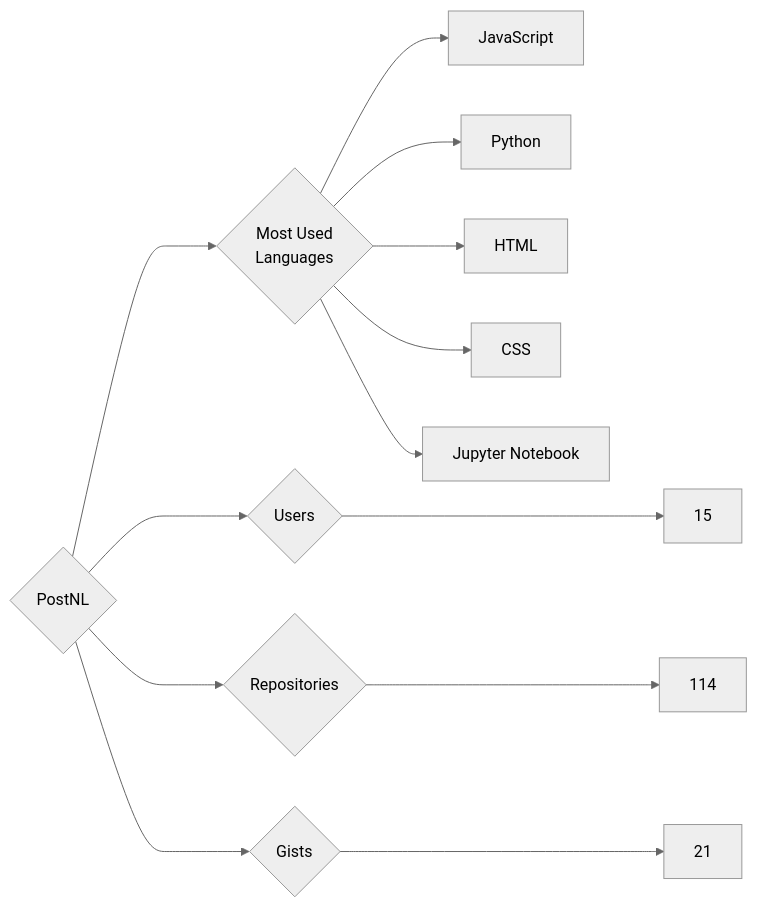
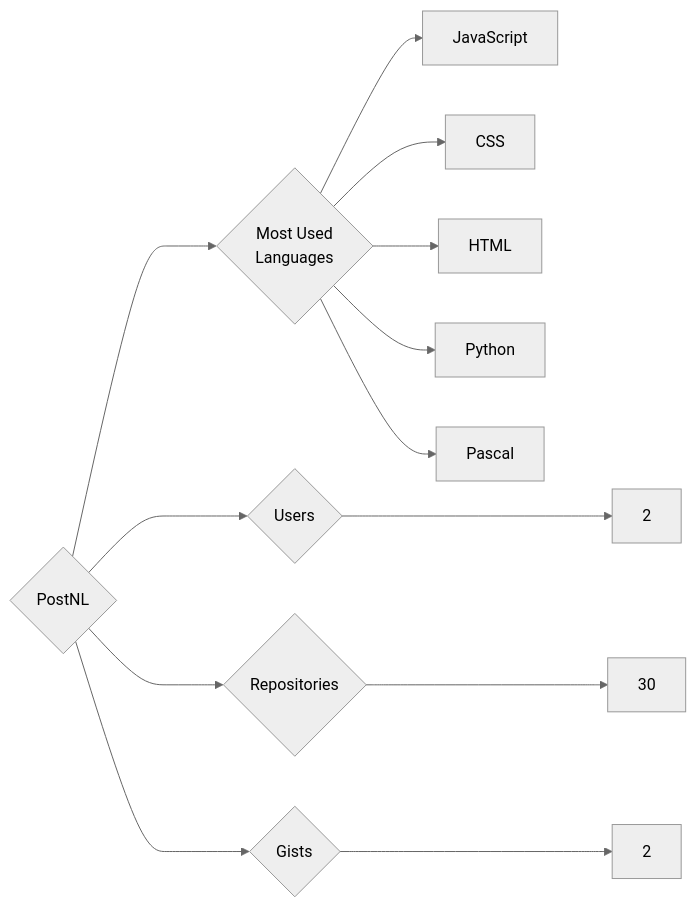
One commit to trickest/insiders changed the diagram in targets/PostNL/README.md. Above: the diagram before and after it, drawn with Mermaid (neutral theme). The commit also changed 444 other files, not shown here.

````diff
--- a/targets/PostNL/README.md
+++ b/targets/PostNL/README.md
@@ -3,13 +3,13 @@
 ```mermaid
 graph LR
 COMPANY_NAME{PostNL}
-COMPANY_NAME ---> U{Users} ---> UN[15]
-COMPANY_NAME ---> R{Repositories} ---> RN[114]
-COMPANY_NAME ---> G{Gists} ---> GN[21]
+COMPANY_NAME ---> U{Users} ---> UN[2]
+COMPANY_NAME ---> R{Repositories} ---> RN[30]
+COMPANY_NAME ---> G{Gists} ---> GN[2]
 COMPANY_NAME ---> ML{Most Used<br>Languages}
 ML --> JavaScript[JavaScript]
+ML --> CSS[CSS]
+ML --> HTML[HTML]
 ML --> Python[Python]
-ML --> HTML[HTML]
-ML --> CSS[CSS]
-ML --> Jupyter_Notebook[Jupyter Notebook]
+ML --> Pascal[Pascal]
 ```
````
